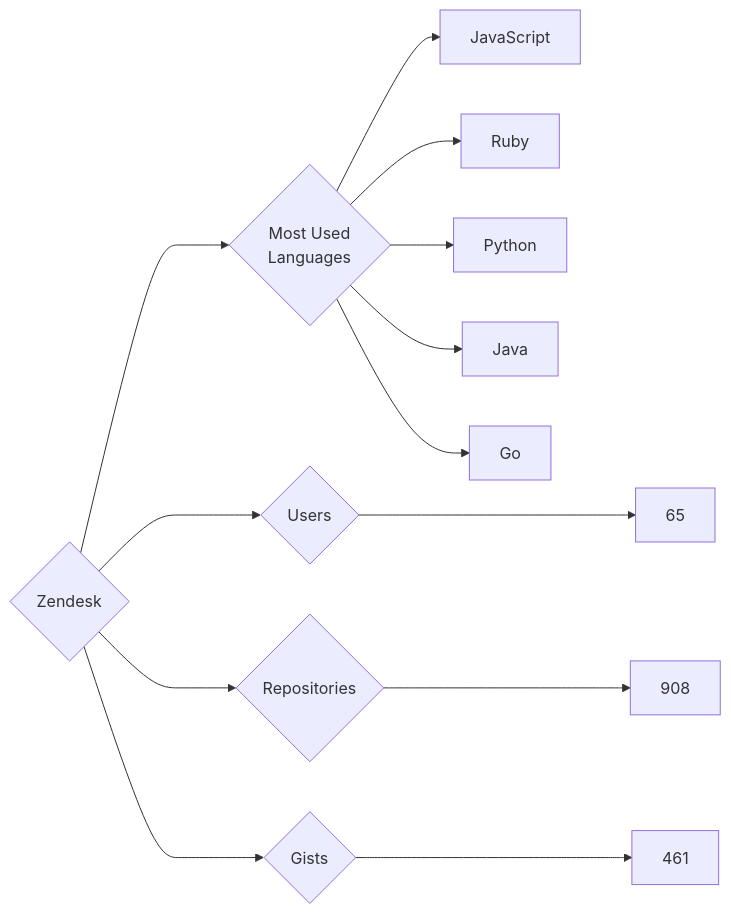
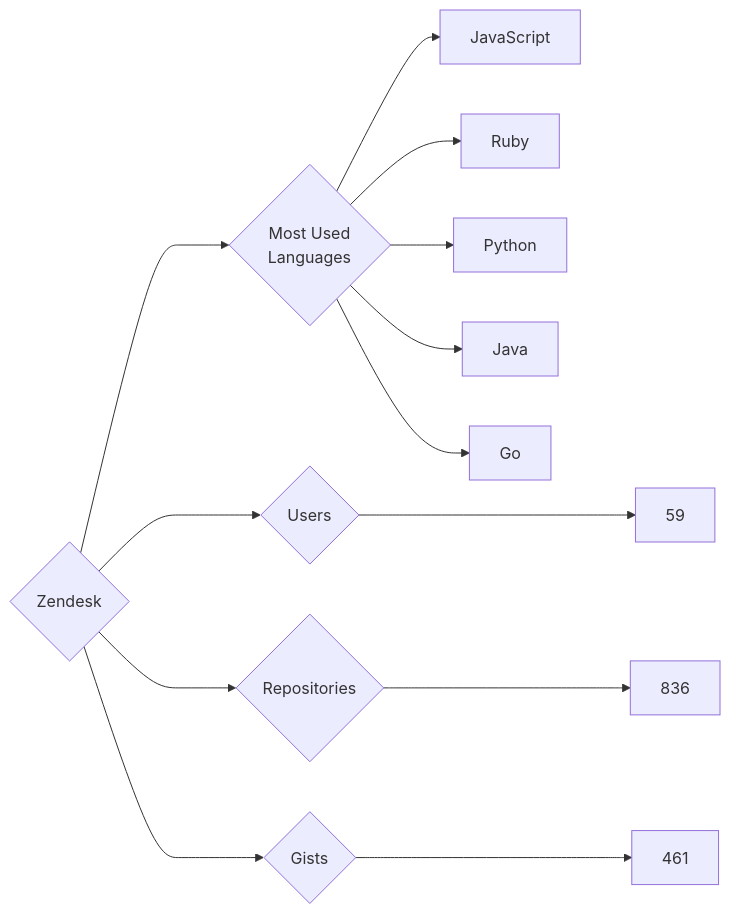
The diagram in targets/Zendesk/README.md (trickest/insiders), drawn with Mermaid before and after one commit. The commit also changed 725 other files, not shown here.

````diff
--- a/targets/Zendesk/README.md
+++ b/targets/Zendesk/README.md
@@ -3,13 +3,13 @@
 ```mermaid
 graph LR
 COMPANY_NAME{Zendesk}
-COMPANY_NAME ---> U{Users} ---> UN[65]
-COMPANY_NAME ---> R{Repositories} ---> RN[908]
+COMPANY_NAME ---> U{Users} ---> UN[59]
+COMPANY_NAME ---> R{Repositories} ---> RN[836]
 COMPANY_NAME ---> G{Gists} ---> GN[461]
 COMPANY_NAME ---> ML{Most Used<br>Languages}
 ML --> JavaScript[JavaScript]
 ML --> Ruby[Ruby]
 ML --> Python[Python]
 ML --> Java[Java]
 ML --> Go[Go]
 ```
````
